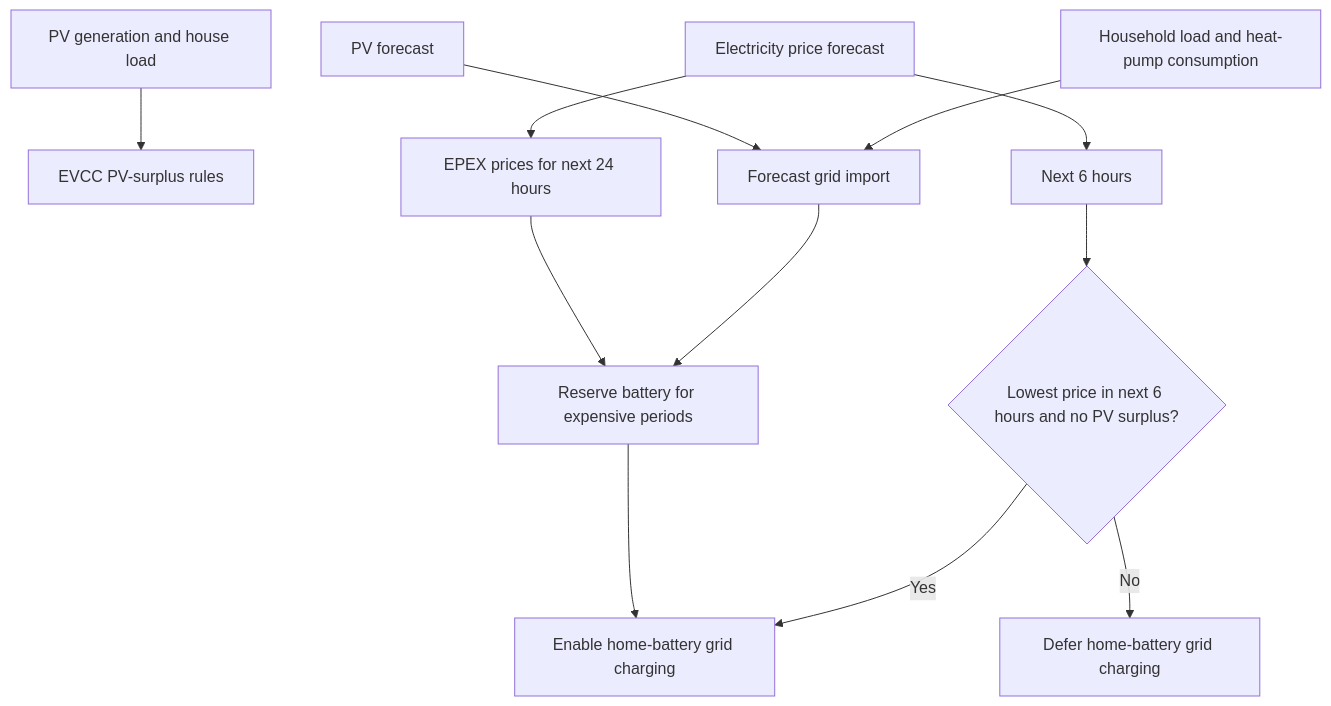
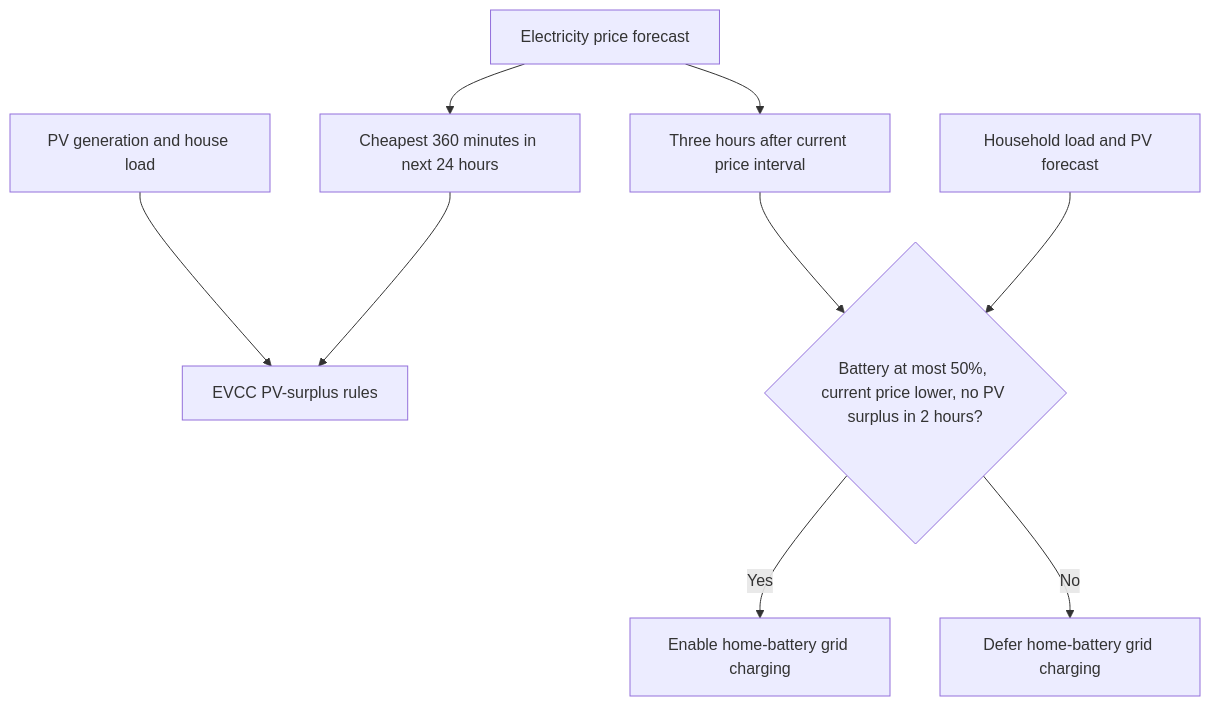
Before and after one commit to synb10se/docs: the diagram in home-assistant/evcc/EVCC_PREISOPTIMIERUNG.en.md, drawn with Mermaid. The commit also changed other lines of this file and 1 other file, not shown here.

````diff
--- a/home-assistant/evcc/EVCC_PREISOPTIMIERUNG.en.md
+++ b/home-assistant/evcc/EVCC_PREISOPTIMIERUNG.en.md
@@ -15,15 +15,12 @@
 ```mermaid
 flowchart TD
     PV["PV generation and house load"] --> W["EVCC PV-surplus rules"]
 
-    P["Electricity price forecast"] --> P6["Next 6 hours"]
-    P6 --> G{"Lowest price in next 6 hours and no PV surplus?"}
+    P["Electricity price forecast"] --> W24["Cheapest 360 minutes in next 24 hours"]
+    W24 --> W
+    P --> P3["Three hours after current price interval"]
+    P3 --> G{"Battery at most 50%, current price lower, no PV surplus in 2 hours?"}
     G -->|Yes| N["Enable home-battery grid charging"]
     G -->|No| X["Defer home-battery grid charging"]
-    P --> P24["EPEX prices for next 24 hours"]
-    T["Household load and heat-pump consumption"] --> V["Forecast grid import"]
-    PVF["PV forecast"] --> V
-    V --> E["Reserve battery for expensive periods"]
-    P24 --> E
-    E --> N
+    T["Household load and PV forecast"] --> G
 ```
````
